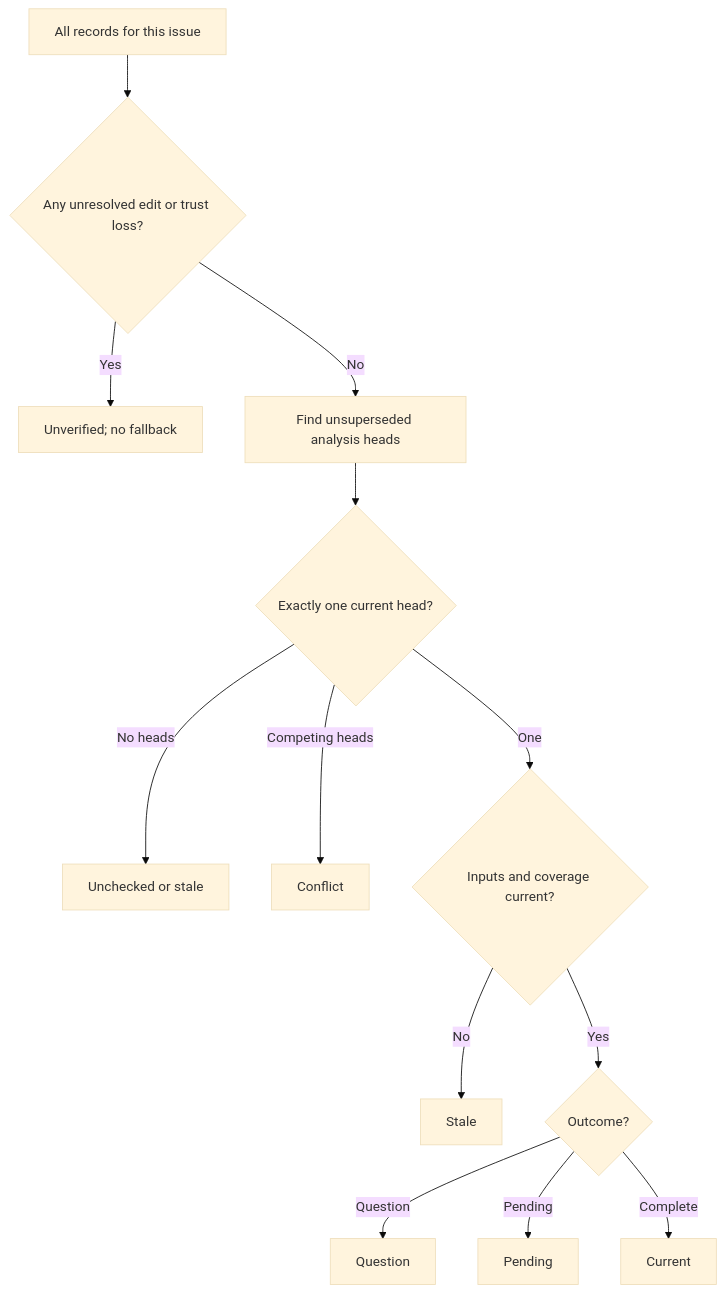
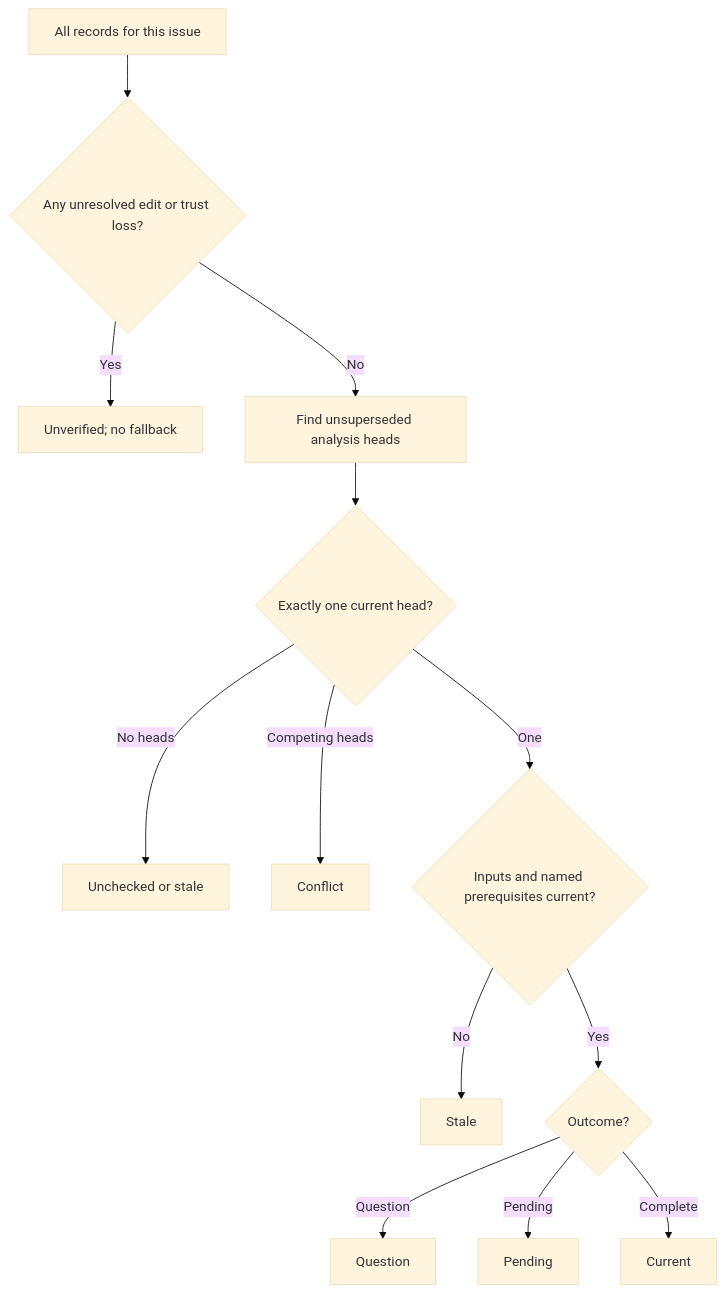
Before and after one commit to promptdriven/pdd: the diagram in prompts/cli/issue-dependencies.prompt.md, drawn with Mermaid (base theme). The commit also changed other lines of this file and 9 other files, not shown here.

````diff
--- a/prompts/cli/issue-dependencies.prompt.md
+++ b/prompts/cli/issue-dependencies.prompt.md
@@ -64,15 +66,15 @@
 ```mermaid
 flowchart TD
   A[All records for this issue] --> B{Any unresolved edit or trust loss?}
   B -->|Yes| U[Unverified; no fallback]
   B -->|No| C[Find unsuperseded analysis heads]
   C --> D{Exactly one current head?}
   D -->|No heads| N[Unchecked or stale]
   D -->|Competing heads| X[Conflict]
-  D -->|One| E{Inputs and coverage current?}
+  D -->|One| E{Inputs and named prerequisites current?}
   E -->|No| S[Stale]
   E -->|Yes| F{Outcome?}
   F -->|Question| Q[Question]
   F -->|Pending| P[Pending]
   F -->|Complete| R[Current]
 ```
````
